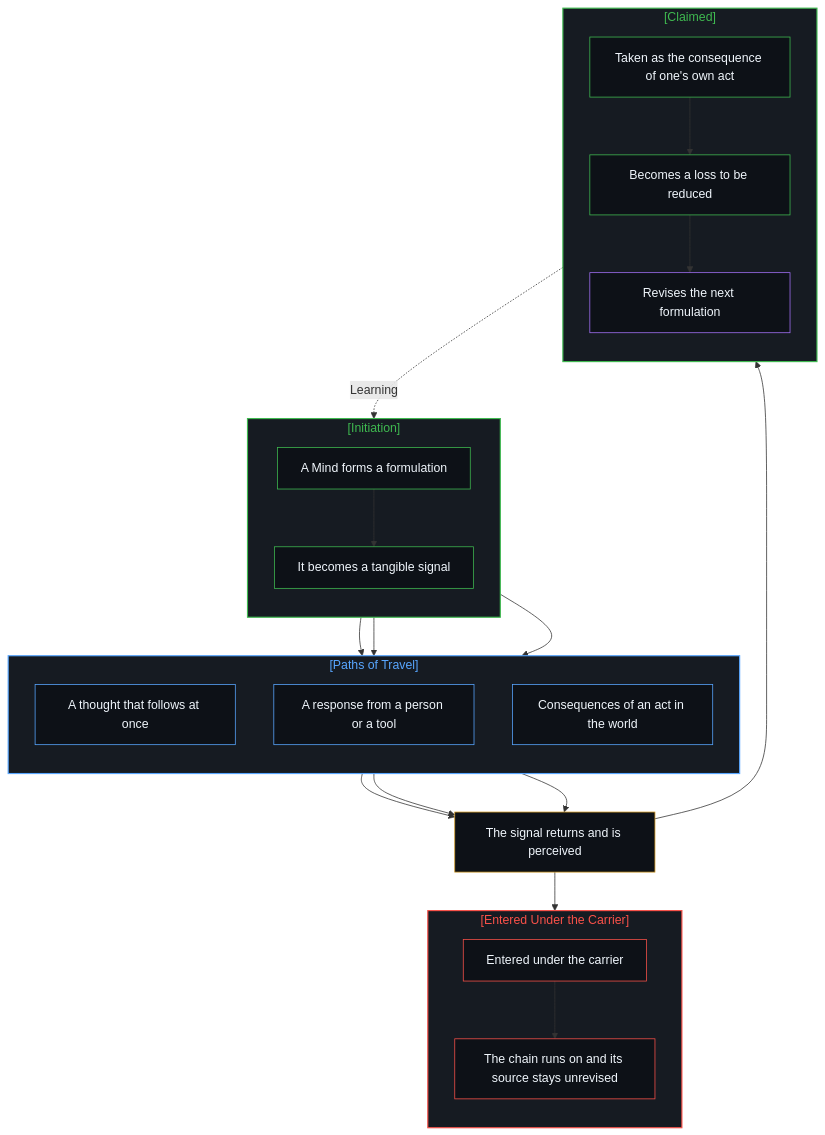
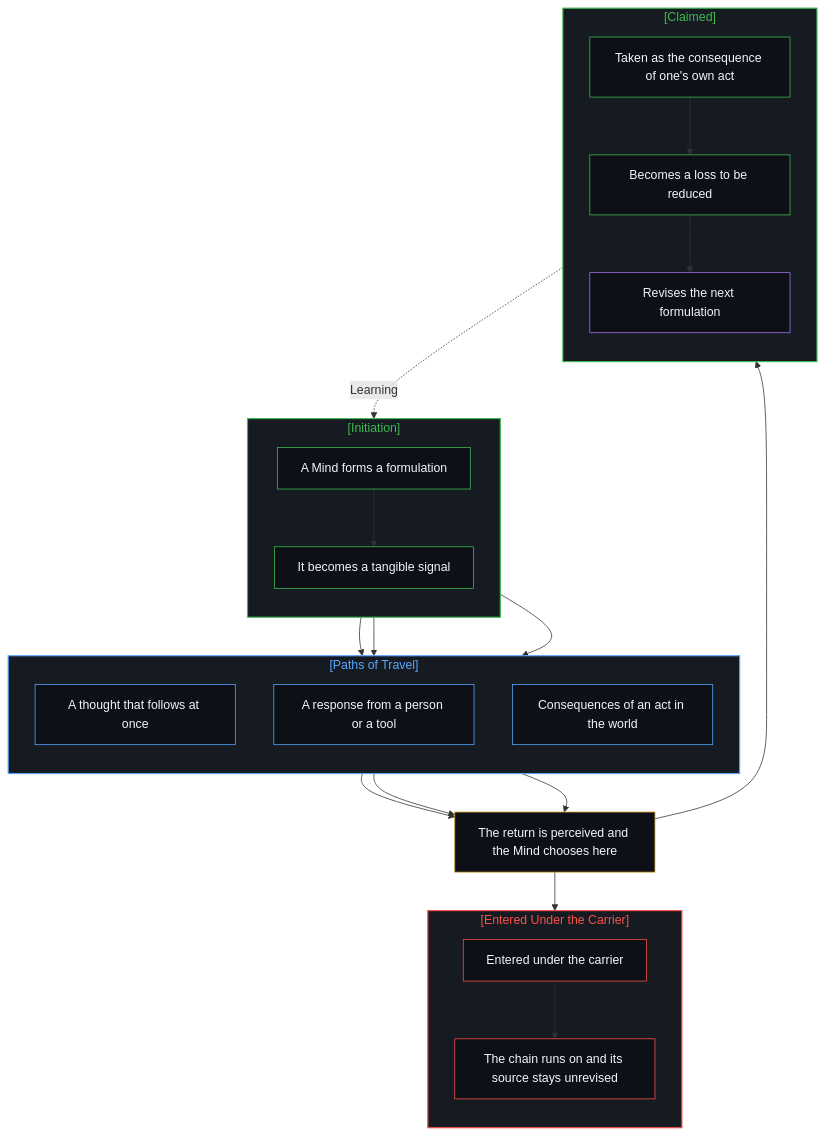
The second of 2 diagrams in content/posts/the-returning-signal-and-its-claim.md (powerpig99/not-a-toe), drawn with Mermaid before and after one commit. The commit also changed other lines of this file and 2 other files, not shown here.

````diff
--- a/content/posts/the-returning-signal-and-its-claim.md
+++ b/content/posts/the-returning-signal-and-its-claim.md
@@ -99,59 +99,59 @@
 ```mermaid
 flowchart TD
   subgraph S_SRC["[Initiation]"]
     direction TB
     M_FORM["A Mind forms a formulation"]
     M_SIG["It becomes a tangible signal"]
     M_FORM --> M_SIG
   end
 
   subgraph S_PATH["[Paths of Travel]"]
     direction TB
     P_THOUGHT["A thought that follows at once"]
     P_MODEL["A response from a person or a tool"]
     P_ACT["Consequences of an act in the world"]
   end
 
-  R_BACK["The signal returns and is perceived"]
+  R_BACK["The return is perceived and the Mind chooses here"]
 
   subgraph S_OUT["[Entered Under the Carrier]"]
     direction TB
     O_ASSIGN["Entered under the carrier"]
     O_RUN["The chain runs on and its source stays unrevised"]
     O_ASSIGN --> O_RUN
   end
 
   subgraph S_CLAIM["[Claimed]"]
     direction TB
     C_OWN["Taken as the consequence of one's own act"]
     C_LOSS["Becomes a loss to be reduced"]
     C_NEXT["Revises the next formulation"]
     C_OWN --> C_LOSS --> C_NEXT
   end
 
   M_SIG --> P_THOUGHT
   M_SIG --> P_MODEL
   M_SIG --> P_ACT
   P_THOUGHT --> R_BACK
   P_MODEL --> R_BACK
   P_ACT --> R_BACK
   R_BACK --> O_ASSIGN
   R_BACK --> C_OWN
   C_NEXT -.->|"Learning"| M_FORM
 
   style S_SRC fill:#161b22,stroke:#3fb950,stroke-width:1.5px,color:#3fb950
   style S_PATH fill:#161b22,stroke:#58a6ff,stroke-width:1.5px,color:#58a6ff
   style S_OUT fill:#161b22,stroke:#f85149,stroke-width:1.5px,color:#f85149
   style S_CLAIM fill:#161b22,stroke:#3fb950,stroke-width:1.5px,color:#3fb950
   style M_FORM fill:#0d1117,stroke:#3fb950,stroke-width:1px,color:#f0f6fc
   style M_SIG fill:#0d1117,stroke:#3fb950,stroke-width:1px,color:#f0f6fc
   style P_THOUGHT fill:#0d1117,stroke:#58a6ff,stroke-width:1px,color:#f0f6fc
   style P_MODEL fill:#0d1117,stroke:#58a6ff,stroke-width:1px,color:#f0f6fc
   style P_ACT fill:#0d1117,stroke:#58a6ff,stroke-width:1px,color:#f0f6fc
   style R_BACK fill:#0d1117,stroke:#d29922,stroke-width:1px,color:#f0f6fc
   style O_ASSIGN fill:#0d1117,stroke:#f85149,stroke-width:1px,color:#f0f6fc
   style O_RUN fill:#0d1117,stroke:#f85149,stroke-width:1px,color:#f0f6fc
   style C_OWN fill:#0d1117,stroke:#3fb950,stroke-width:1px,color:#f0f6fc
   style C_LOSS fill:#0d1117,stroke:#3fb950,stroke-width:1px,color:#f0f6fc
   style C_NEXT fill:#0d1117,stroke:#a371f7,stroke-width:1px,color:#f0f6fc
 ```
````
